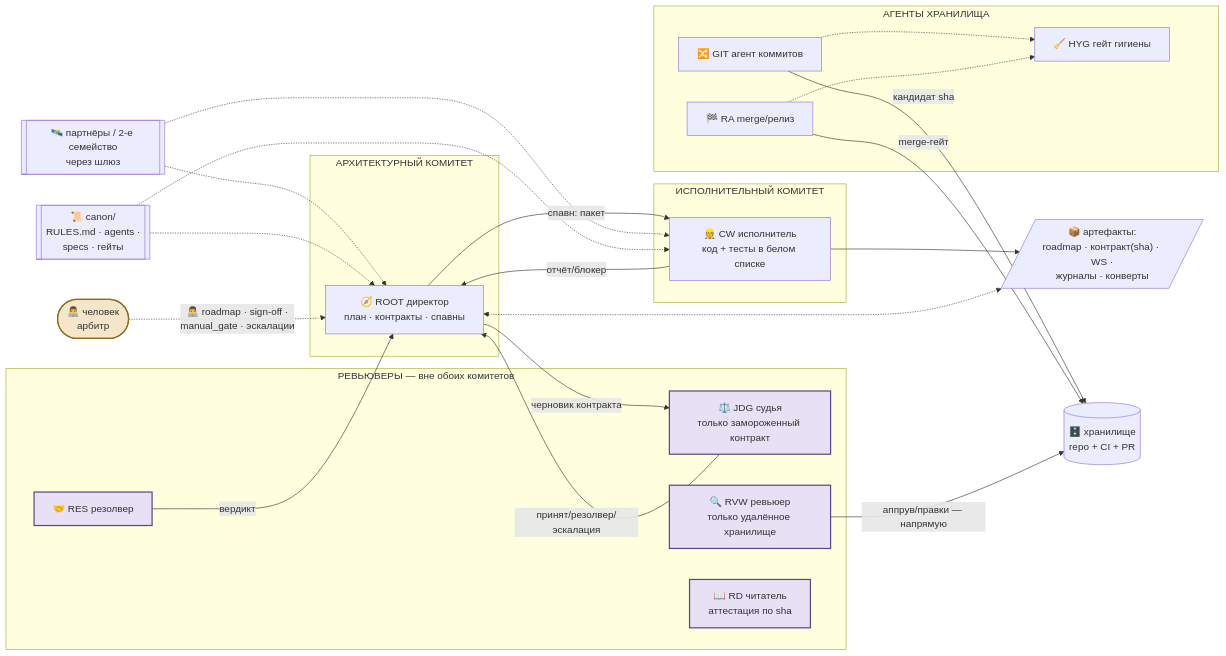
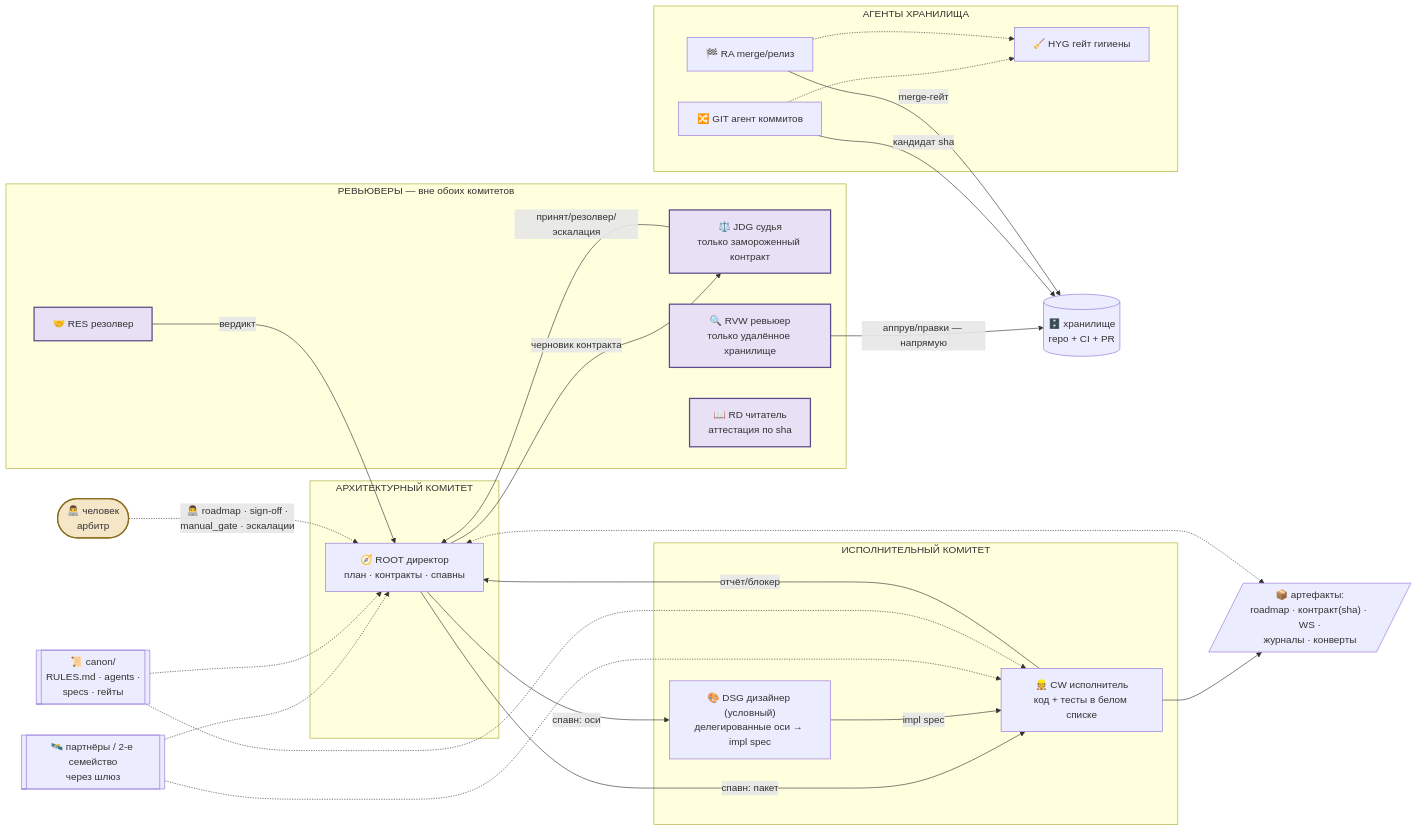
The diagram in docs/ru/diagrams/cycle_structure.mmd (ychetka/CCSDD), drawn with Mermaid before and after one commit. The commit also changed 14 other files, not shown here.

```diff
--- a/docs/ru/diagrams/cycle_structure.mmd
+++ b/docs/ru/diagrams/cycle_structure.mmd
@@ -1,47 +1,50 @@
 flowchart LR
   subgraph COM1["АРХИТЕКТУРНЫЙ КОМИТЕТ"]
     ROOT["🧭 ROOT директор<br/>план · контракты · спавны"]
   end
   subgraph COM2["ИСПОЛНИТЕЛЬНЫЙ КОМИТЕТ"]
     CW["👷 CW исполнитель<br/>код + тесты в белом списке"]
+    DSG["🎨 DSG дизайнер (условный)<br/>делегированные оси → impl spec"]
   end
   subgraph REV["РЕВЬЮВЕРЫ — вне обоих комитетов"]
     JDG["⚖️ JDG судья<br/>только замороженный контракт"]
     RVW["🔍 RVW ревьюер<br/>только удалённое хранилище"]
     RES["🤝 RES резолвер"]
     RD["📖 RD читатель<br/>аттестация по sha"]
   end
   subgraph REPOS["АГЕНТЫ ХРАНИЛИЩА"]
     GIT["🔀 GIT агент коммитов"]
     RA["🏁 RA merge/релиз"]
     HYG["🧹 HYG гейт гигиены"]
   end
 
   ART[/"📦 артефакты:<br/>roadmap · контракт(sha) · WS ·<br/>журналы · конверты"/]
   REPO[("🗄️ хранилище<br/>repo + CI + PR")]
   DEV(["👨‍💻 человек<br/>арбитр"])
   PART[["🛰️ партнёры / 2-е семейство<br/>через шлюз"]]
   RULES[["📜 canon/<br/>RULES.md · agents ·<br/>specs · гейты"]]
 
   ROOT -->|спавн: пакет| CW
+  ROOT -->|спавн: оси| DSG
   ROOT -->|черновик контракта| JDG
+  DSG -->|impl spec| CW
   CW -->|отчёт/блокер| ROOT
   CW --> ART
   JDG -->|принят/резолвер/эскалация| ROOT
   RVW -->|аппрув/правки — напрямую| REPO
   RES -->|вердикт| ROOT
   GIT -->|кандидат sha| REPO
   RA -->|merge-гейт| REPO
   GIT -.-> HYG
   RA -.-> HYG
   ROOT <-.-> ART
   PART -.-> ROOT
   PART -.-> CW
   RULES -.-> ROOT
   RULES -.-> CW
   DEV -.->|👨‍💻 roadmap · sign-off ·<br/>manual_gate · эскалации| ROOT
 
   classDef human fill:#f5e6c8,stroke:#8a6d1f,stroke-width:2px
   classDef rev fill:#e8e0f5,stroke:#5b4a8a,stroke-width:2px
   class DEV human
   class JDG,RVW,RES,RD rev
```
